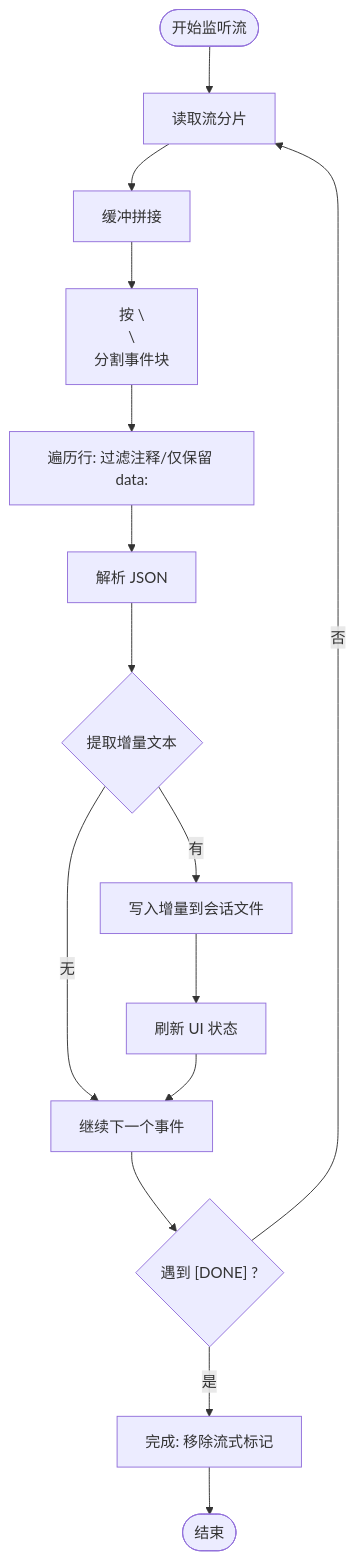
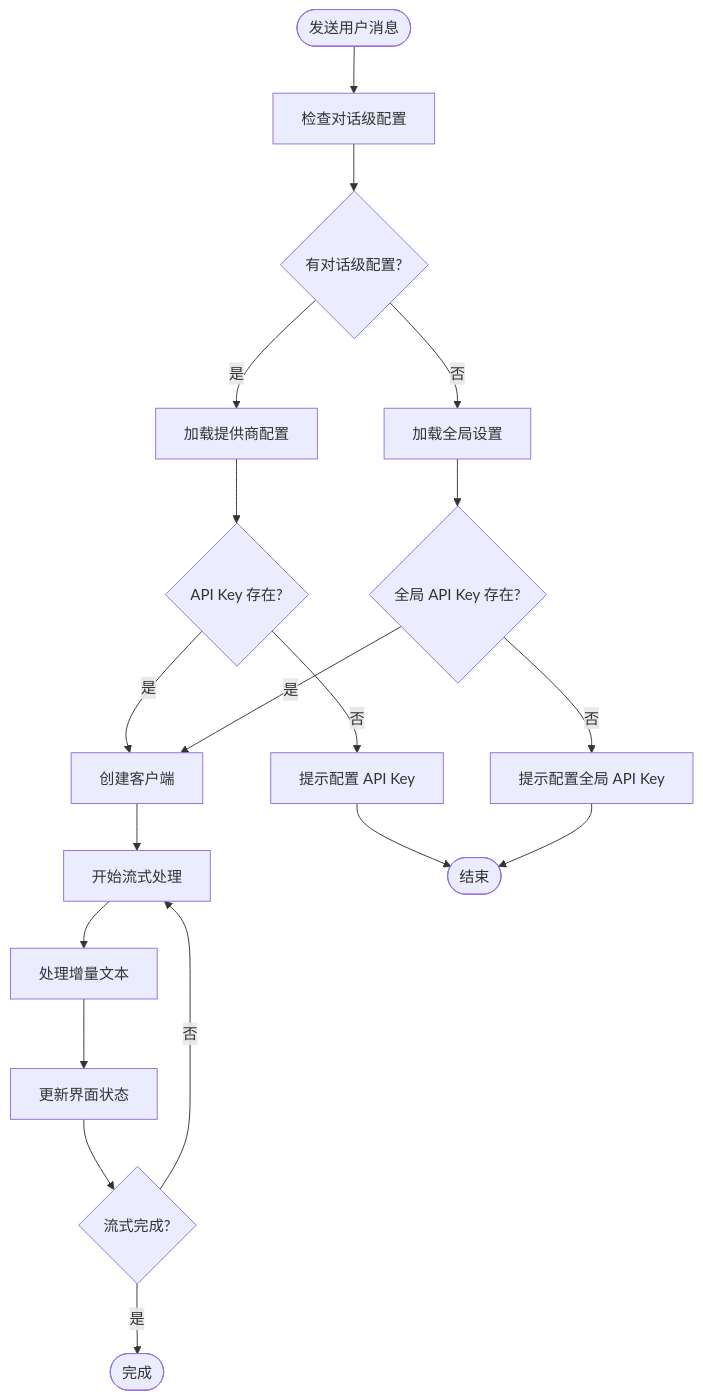
The fourth of 5 diagrams in .qoder/repowiki/zh/content/LLM 集成/LLM 集成.md (Ykworm/thktree), drawn with Mermaid before and after one commit. The commit also changed other lines of this file and 45 other files, not shown here.

````diff
--- a/.qoder/repowiki/zh/content/LLM 集成/LLM 集成.md
+++ b/.qoder/repowiki/zh/content/LLM 集成/LLM 集成.md
@@ -225,17 +306,21 @@
 ```mermaid
 flowchart TD
-Start(["开始监听流"]) --> ReadChunk["读取流分片"]
-ReadChunk --> Buffer["缓冲拼接"]
-Buffer --> Split["按 \\n\\n 分割事件块"]
-Split --> ForEachLine["遍历行: 过滤注释/仅保留 data:"]
-ForEachLine --> ParseJSON["解析 JSON"]
-ParseJSON --> ExtractDelta{"提取增量文本"}
-ExtractDelta --> |有| Append["写入增量到会话文件"]
-ExtractDelta --> |无| NextEvent["继续下一个事件"]
-Append --> Refresh["刷新 UI 状态"]
-Refresh --> NextEvent
-NextEvent --> DoneCheck{"遇到 [DONE] ?"}
-DoneCheck --> |是| Finish["完成: 移除流式标记"]
-DoneCheck --> |否| ReadChunk
-Finish --> End(["结束"])
+Start(["发送用户消息"]) --> CheckSession["检查对话级配置"]
+CheckSession --> HasSession{"有对话级配置?"}
+HasSession --> |是| LoadProvider["加载提供商配置"]
+HasSession --> |否| LoadGlobal["加载全局设置"]
+LoadProvider --> CheckApiKey{"API Key 存在?"}
+CheckApiKey --> |否| PromptApiKey["提示配置 API Key"]
+CheckApiKey --> |是| CreateClient["创建客户端"]
+LoadGlobal --> CheckGlobalKey{"全局 API Key 存在?"}
+CheckGlobalKey --> |否| PromptGlobalKey["提示配置全局 API Key"]
+CheckGlobalKey --> |是| CreateClient
+CreateClient --> StartStream["开始流式处理"]
+PromptApiKey --> End(["结束"])
+PromptGlobalKey --> End
+StartStream --> ProcessDelta["处理增量文本"]
+ProcessDelta --> UpdateUI["更新界面状态"]
+UpdateUI --> DoneCheck{"流式完成?"}
+DoneCheck --> |否| StartStream
+DoneCheck --> |是| Finish(["完成"])
 ```
````
